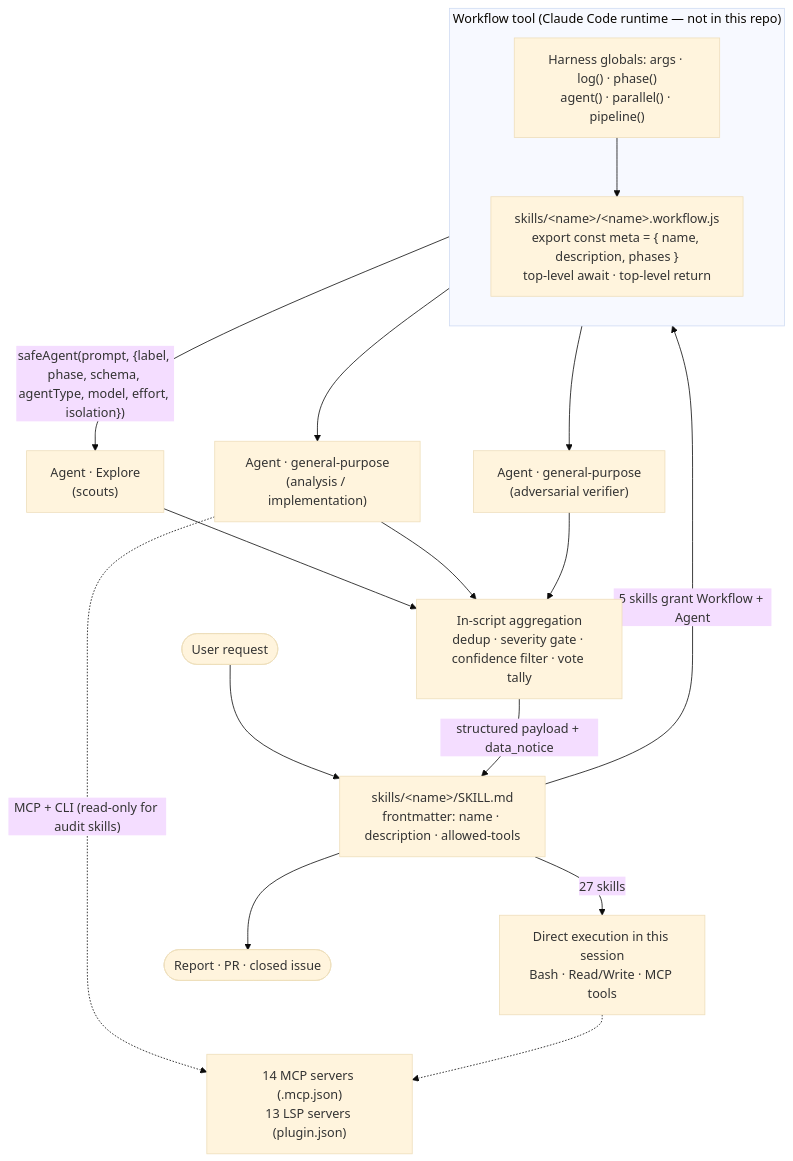
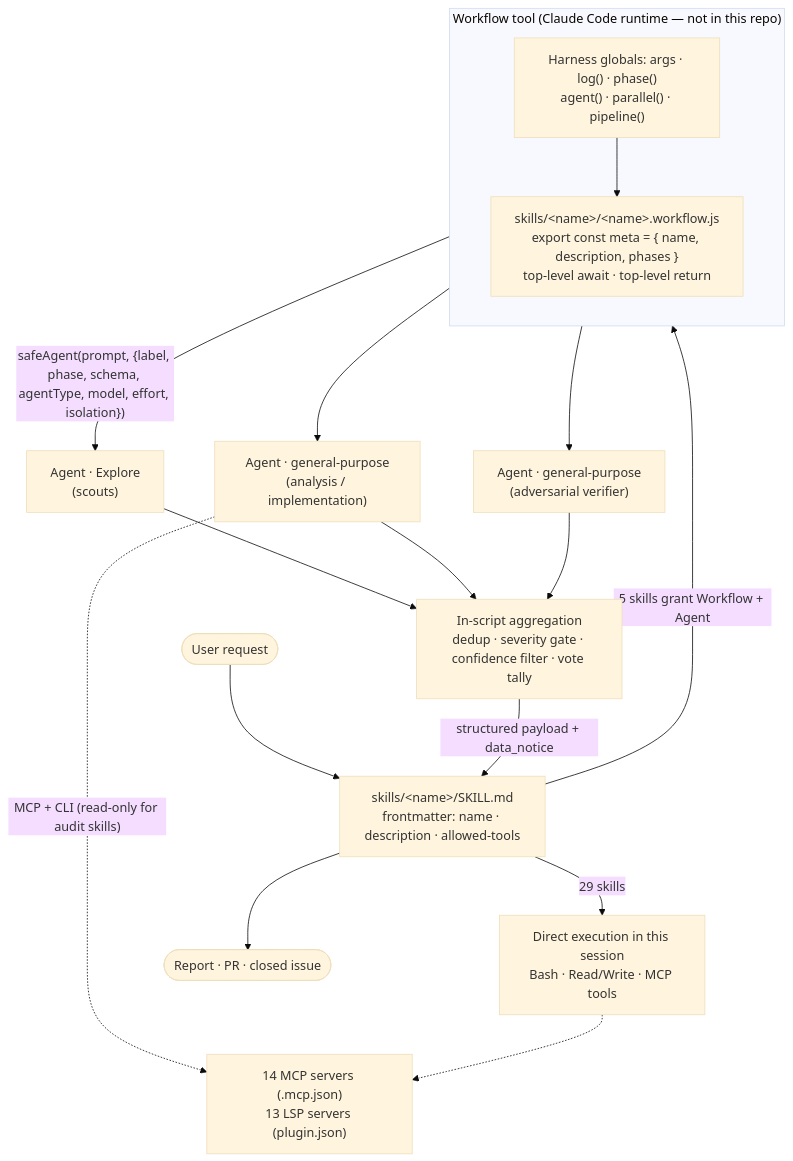
One commit to Cloud-Officer/claude-code-plugin-dev changed the diagram in docs/architecture.md. Above: the diagram before and after it, drawn with Mermaid (base theme). The commit also changed other lines of this file and 1 other file, not shown here.

Commit message:
Refresh README install/dev steps and sync architecture doc counts with repo (#232)

````diff
--- a/docs/architecture.md
+++ b/docs/architecture.md
@@ -49,25 +49,25 @@
 ```mermaid
 flowchart TB
     U([User request]) --> S["skills/&lt;name&gt;/SKILL.md<br/>frontmatter: name · description · allowed-tools"]
 
-    S -->|27 skills| D["Direct execution in this session<br/>Bash · Read/Write · MCP tools"]
+    S -->|29 skills| D["Direct execution in this session<br/>Bash · Read/Write · MCP tools"]
 
     S -->|"5 skills grant Workflow + Agent"| W
 
     subgraph W["Workflow tool (Claude Code runtime — not in this repo)"]
         direction TB
         H["Harness globals: args · log() · phase()<br/>agent() · parallel() · pipeline()"]
         H --> SC["skills/&lt;name&gt;/&lt;name&gt;.workflow.js<br/>export const meta = { name, description, phases }<br/>top-level await · top-level return"]
     end
 
     SC -->|"safeAgent(prompt, {label, phase, schema, agentType, model, effort, isolation})"| A1["Agent · Explore<br/>(scouts)"]
     SC --> A2["Agent · general-purpose<br/>(analysis / implementation)"]
     SC --> A3["Agent · general-purpose<br/>(adversarial verifier)"]
 
     A1 & A2 & A3 --> AGG["In-script aggregation<br/>dedup · severity gate · confidence filter · vote tally"]
     AGG -->|structured payload + data_notice| S
     S --> R([Report · PR · closed issue])
 
     A2 -.->|"MCP + CLI (read-only for audit skills)"| EXT["14 MCP servers (.mcp.json)<br/>13 LSP servers (plugin.json)"]
     D -.-> EXT
 ```
````
